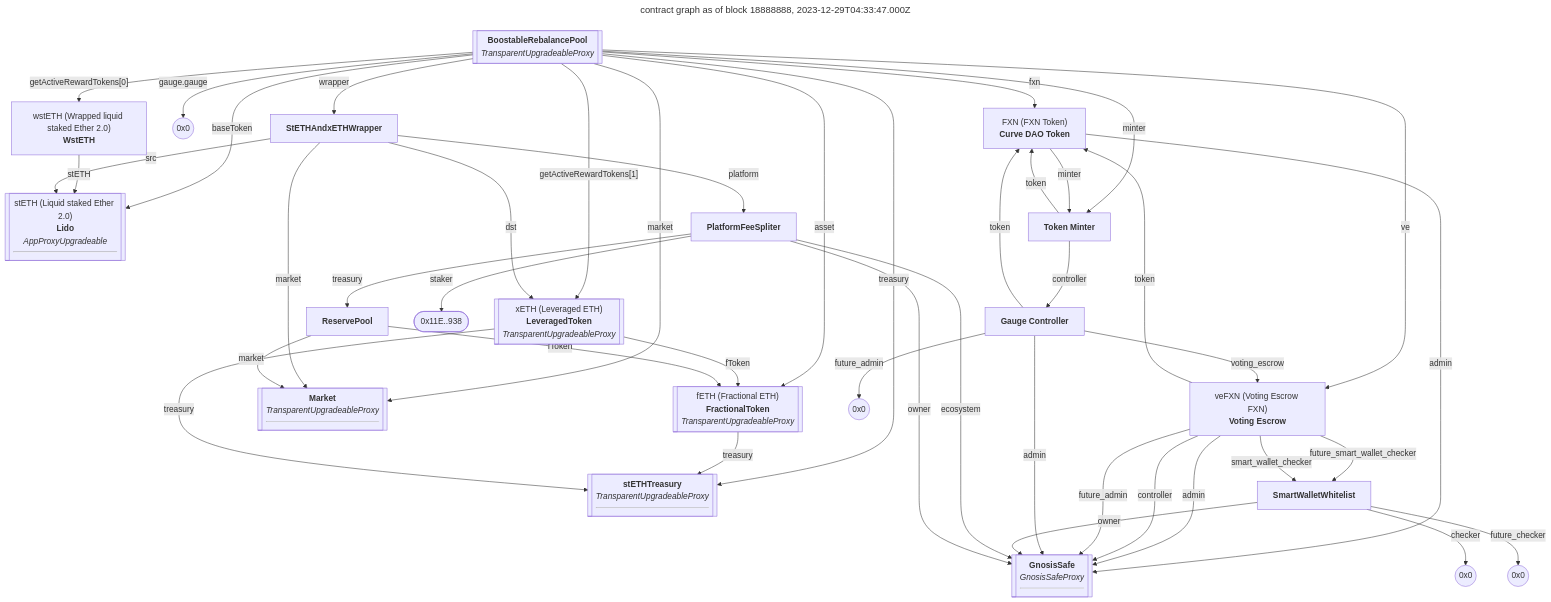
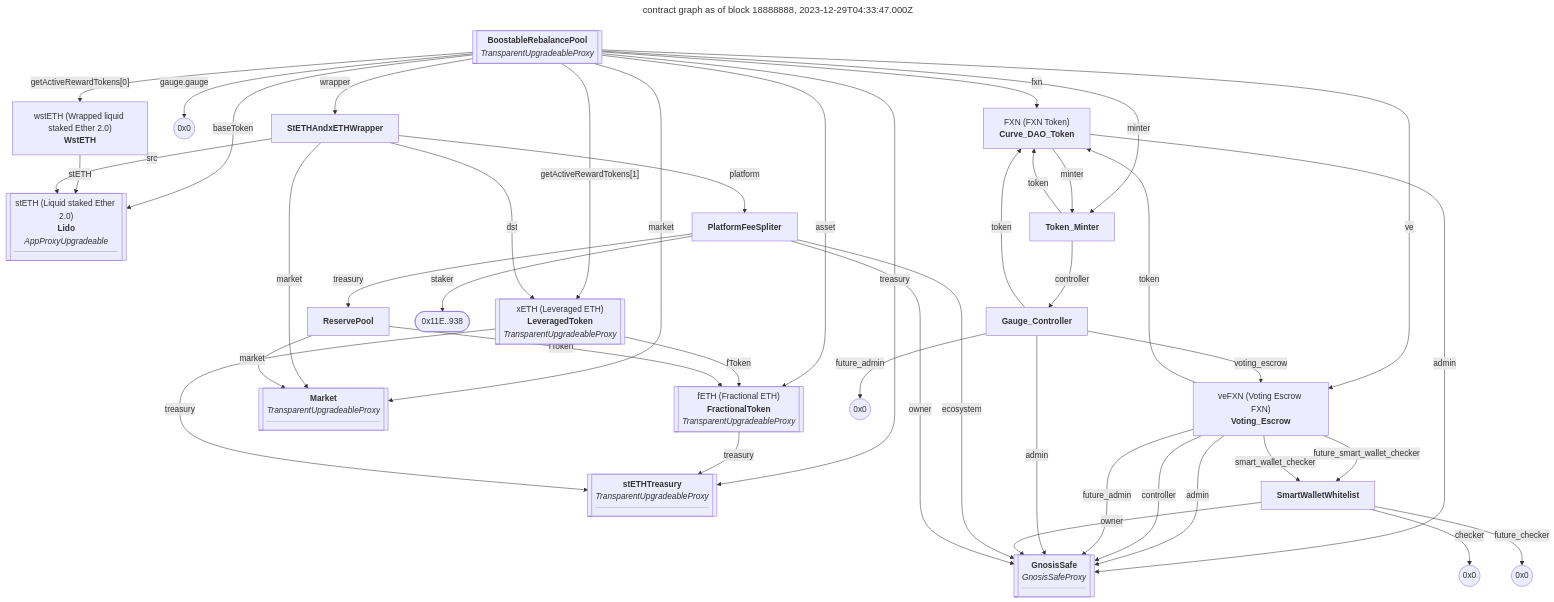
The diagram in test/results/aladdin-fx-rebalance-pool2.diagram.md (rootminus0x1/eat), drawn with Mermaid before and after one commit. The commit also changed 13 other files, not shown here.

```diff
--- a/test/results/aladdin-fx-rebalance-pool2.diagram.md
+++ b/test/results/aladdin-fx-rebalance-pool2.diagram.md
@@ -39,7 +39,7 @@
 0xae7ab96520DE3A18E5e111B5EaAb095312D7fE84[["stETH (Liquid staked Ether 2.0)<br><b>Lido</b><br><i>AppProxyUpgradeable</i><br><hr>"]]:::contract
 click 0xae7ab96520DE3A18E5e111B5EaAb095312D7fE84 "https://etherscan.io/address/0xae7ab96520DE3A18E5e111B5EaAb095312D7fE84#code"
 
-0x365AccFCa291e7D3914637ABf1F7635dB165Bb09["FXN (FXN Token)<br><b>Curve DAO Token</b>"]:::contract
+0x365AccFCa291e7D3914637ABf1F7635dB165Bb09["FXN (FXN Token)<br><b>Curve_DAO_Token</b>"]:::contract
 click 0x365AccFCa291e7D3914637ABf1F7635dB165Bb09 "https://etherscan.io/address/0x365AccFCa291e7D3914637ABf1F7635dB165Bb09#code"
 
 0x365AccFCa291e7D3914637ABf1F7635dB165Bb09 -- admin --> 0x26B2ec4E02ebe2F54583af25b647b1D619e67BbF
@@ -61,7 +61,7 @@
 0xe7b9c7c9cA85340b8c06fb805f7775e3015108dB[["<b>Market</b><br><i>TransparentUpgradeableProxy</i><br><hr>"]]:::contract
 click 0xe7b9c7c9cA85340b8c06fb805f7775e3015108dB "https://etherscan.io/address/0xe7b9c7c9cA85340b8c06fb805f7775e3015108dB#code"
 
-0xC8b194925D55d5dE9555AD1db74c149329F71DeF["<b>Token Minter</b>"]:::contract
+0xC8b194925D55d5dE9555AD1db74c149329F71DeF["<b>Token_Minter</b>"]:::contract
 click 0xC8b194925D55d5dE9555AD1db74c149329F71DeF "https://etherscan.io/address/0xC8b194925D55d5dE9555AD1db74c149329F71DeF#code"
 
 0xC8b194925D55d5dE9555AD1db74c149329F71DeF -- controller --> 0xe60eB8098B34eD775ac44B1ddE864e098C6d7f37
@@ -71,7 +71,7 @@
 0x0e5CAA5c889Bdf053c9A76395f62267E653AFbb0[["<b>stETHTreasury</b><br><i>TransparentUpgradeableProxy</i><br><hr>"]]:::contract
 click 0x0e5CAA5c889Bdf053c9A76395f62267E653AFbb0 "https://etherscan.io/address/0x0e5CAA5c889Bdf053c9A76395f62267E653AFbb0#code"
 
-0xEC6B8A3F3605B083F7044C0F31f2cac0caf1d469["veFXN (Voting Escrow FXN)<br><b>Voting Escrow</b>"]:::contract
+0xEC6B8A3F3605B083F7044C0F31f2cac0caf1d469["veFXN (Voting Escrow FXN)<br><b>Voting_Escrow</b>"]:::contract
 click 0xEC6B8A3F3605B083F7044C0F31f2cac0caf1d469 "https://etherscan.io/address/0xEC6B8A3F3605B083F7044C0F31f2cac0caf1d469#code"
 
 0xEC6B8A3F3605B083F7044C0F31f2cac0caf1d469 -- admin --> 0x26B2ec4E02ebe2F54583af25b647b1D619e67BbF
@@ -100,7 +100,7 @@
 0x26B2ec4E02ebe2F54583af25b647b1D619e67BbF[["<b>GnosisSafe</b><br><i>GnosisSafeProxy</i><br><hr>"]]:::contract
 click 0x26B2ec4E02ebe2F54583af25b647b1D619e67BbF "https://etherscan.io/address/0x26B2ec4E02ebe2F54583af25b647b1D619e67BbF#code"
 
-0xe60eB8098B34eD775ac44B1ddE864e098C6d7f37["<b>Gauge Controller</b>"]:::contract
+0xe60eB8098B34eD775ac44B1ddE864e098C6d7f37["<b>Gauge_Controller</b>"]:::contract
 click 0xe60eB8098B34eD775ac44B1ddE864e098C6d7f37 "https://etherscan.io/address/0xe60eB8098B34eD775ac44B1ddE864e098C6d7f37#code"
 
 0xe60eB8098B34eD775ac44B1ddE864e098C6d7f37 -- admin --> 0x26B2ec4E02ebe2F54583af25b647b1D619e67BbF
```
